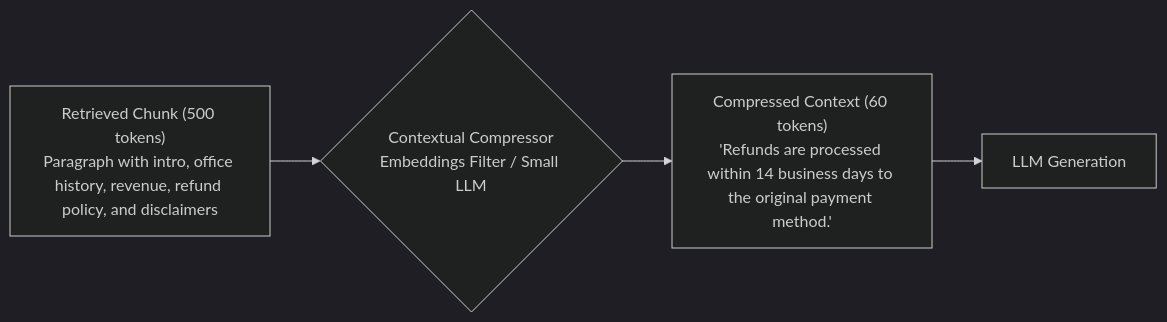
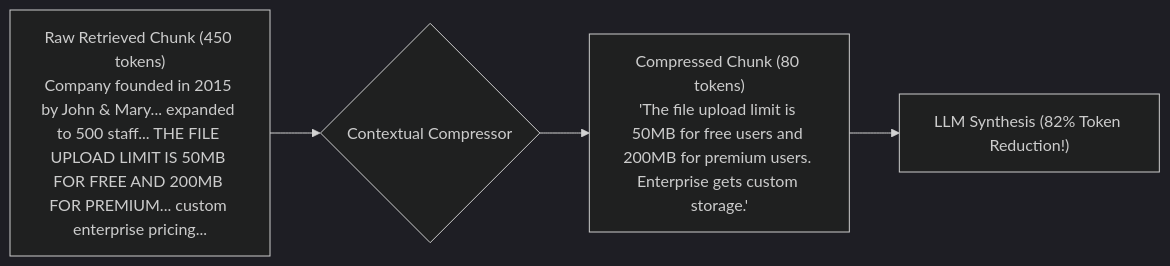
Before and after one commit to Nishant8826/theory-leaning: diagram 17 of 31 in RAG/01_RAG_30_Questions.md, drawn with Mermaid (dark theme). The commit also changed other lines of this file and 2 other files, not shown here.

````diff
--- a/RAG/01_RAG_30_Questions.md
+++ b/RAG/01_RAG_30_Questions.md
@@ -1028,7 +878,7 @@
 ```mermaid
 flowchart LR
-    R["Retrieved Chunk (500 tokens)<br/>Paragraph with intro, office history, revenue, refund policy, and disclaimers"]
-    R --> CC{Contextual Compressor<br/>Embeddings Filter / Small LLM}
-    CC --> C["Compressed Context (60 tokens)<br/>'Refunds are processed within 14 business days to the original payment method.'"]
-    C --> LLM[LLM Generation]
+    R["Raw Retrieved Chunk (450 tokens)<br/>Company founded in 2015 by John & Mary... expanded to 500 staff... THE FILE UPLOAD LIMIT IS 50MB FOR FREE AND 200MB FOR PREMIUM... custom enterprise pricing..."]
+    R --> CC{Contextual Compressor}
+    CC --> C["Compressed Chunk (80 tokens)<br/>'The file upload limit is 50MB for free users and 200MB for premium users. Enterprise gets custom storage.'"]
+    C --> LLM["LLM Synthesis (82% Token Reduction!)"]
 ```
````
